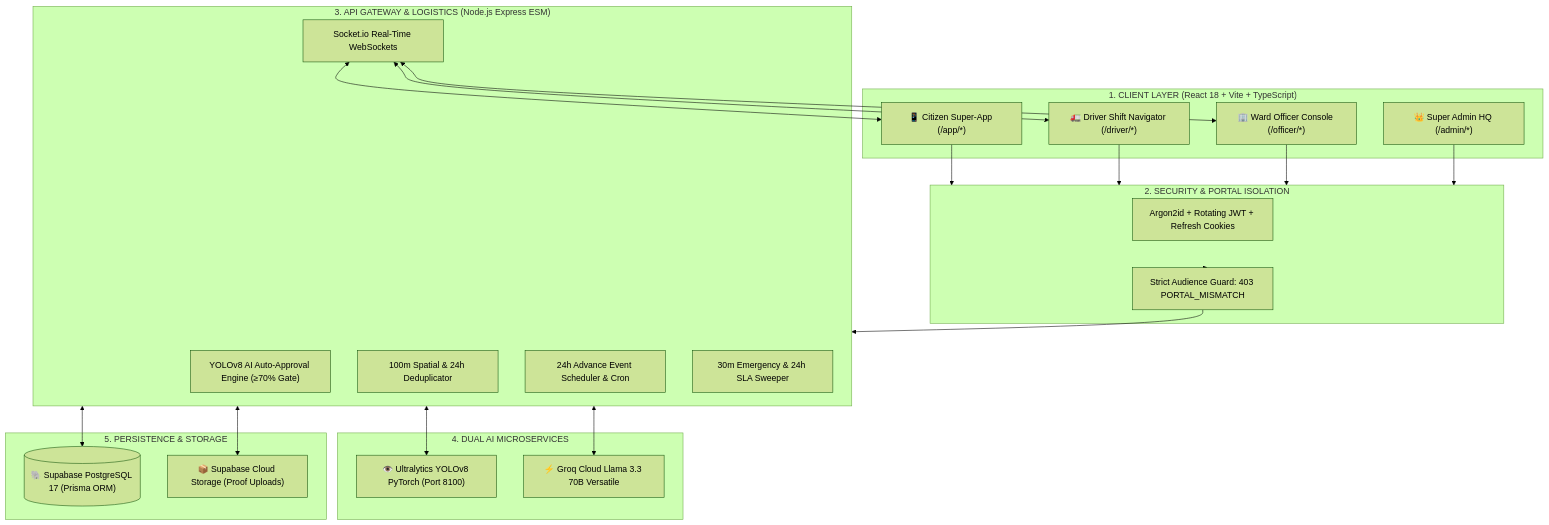
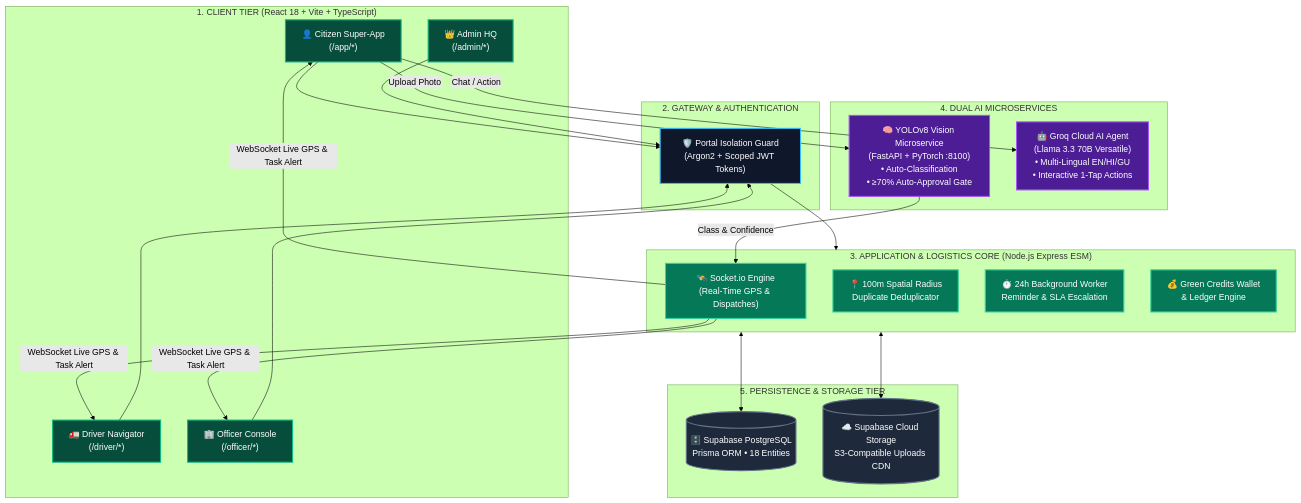
Before and after one commit to Parthh1002/SafaaiSarathi2.0: the diagram in Waste Management/README.md, drawn with Mermaid (forest theme). The commit also changed other lines of this file, not shown here.

Commit message:
docs: publish animated, Canva-style flowchart and judges defense README for Waste Management

````diff
--- a/Waste Management/README.md
+++ b/Waste Management/README.md
@@ -116,40 +73,47 @@
 ```mermaid
-flowchart TB
-    subgraph ClientLayer ["1. CLIENT LAYER (React 18 + Vite + TypeScript)"]
-        CP["📱 Citizen Super-App (/app/*)"]
-        DP["🚛 Driver Shift Navigator (/driver/*)"]
-        OP["🏢 Ward Officer Console (/officer/*)"]
-        AP["👑 Super Admin HQ (/admin/*)"]
+flowchart TD
+    %% Styling Configuration
+    classDef client fill:#064E3B,stroke:#10B981,stroke-width:2px,color:#ffffff;
+    classDef gateway fill:#0F172A,stroke:#38BDF8,stroke-width:2px,color:#ffffff;
+    classDef ai fill:#4C1D95,stroke:#A855F7,stroke-width:2px,color:#ffffff;
+    classDef storage fill:#1E293B,stroke:#64748B,stroke-width:2px,color:#ffffff;
+    classDef action fill:#047857,stroke:#34D399,stroke-width:2px,color:#ffffff;
+
+    subgraph CLIENTS ["1. CLIENT TIER (React 18 + Vite + TypeScript)"]
+        C1["👤 Citizen Super-App\n(/app/*)"]:::client
+        C2["🚛 Driver Navigator\n(/driver/*)"]:::client
+        C3["🏢 Officer Console\n(/officer/*)"]:::client
+        C4["👑 Admin HQ\n(/admin/*)"]:::client
     end
 
-    subgraph SecurityGate ["2. SECURITY & PORTAL ISOLATION"]
-        AUTH["Argon2id + Rotating JWT + Refresh Cookies"]
-        GUARD["Strict Audience Guard: 403 PORTAL_MISMATCH"]
+    subgraph SECURITY ["2. GATEWAY & AUTHENTICATION"]
+        G1["🛡️ Portal Isolation Guard\n(Argon2 + Scoped JWT Tokens)"]:::gateway
     end
 
-    subgraph BackendCore ["3. API GATEWAY & LOGISTICS (Node.js Express ESM)"]
-        TRIAGE["YOLOv8 AI Auto-Approval Engine (≥70% Gate)"]
-        DEDUP["100m Spatial & 24h Deduplicator"]
-        SCHED["24h Advance Event Scheduler & Cron"]
-        ESCAL["30m Emergency & 24h SLA Sweeper"]
-        SOCKET["Socket.io Real-Time WebSockets"]
+    subgraph BACKEND ["3. APPLICATION & LOGISTICS CORE (Node.js Express ESM)"]
+        B1["🛰️ Socket.io Engine\n(Real-Time GPS & Dispatches)"]:::action
+        B2["📍 100m Spatial Radius\nDuplicate Deduplicator"]:::action
+        B3["⏱️ 24h Background Worker\nReminder & SLA Escalation"]:::action
+        B4["💰 Green Credits Wallet\n& Ledger Engine"]:::action
     end
 
-    subgraph AIEngines ["4. DUAL AI MICROSERVICES"]
-        YOLO["👁️ Ultralytics YOLOv8 PyTorch (Port 8100)"]
-        GROQ["⚡ Groq Cloud Llama 3.3 70B Versatile"]
+    subgraph AI_SERVICES ["4. DUAL AI MICROSERVICES"]
+        AI1["🧠 YOLOv8 Vision Microservice\n(FastAPI + PyTorch :8100)\n• Auto-Classification\n• ≥70% Auto-Approval Gate"]:::ai
+        AI2["🤖 Groq Cloud AI Agent\n(Llama 3.3 70B Versatile)\n• Multi-Lingual EN/HI/GU\n• Interactive 1-Tap Actions"]:::ai
     end
 
-    subgraph DataStorage ["5. PERSISTENCE & STORAGE"]
-        PG[("🐘 Supabase PostgreSQL 17 (Prisma ORM)")]
-        S3["📦 Supabase Cloud Storage (Proof Uploads)"]
+    subgraph DATABASE ["5. PERSISTENCE & STORAGE TIER"]
+        DB1[("🗄️ Supabase PostgreSQL\nPrisma ORM • 18 Entities")]:::storage
+        DB2[("☁️ Supabase Cloud Storage\nS3-Compatible Uploads CDN")]:::storage
     end
 
-    CP & DP & OP & AP --> SecurityGate
-    SecurityGate --> GUARD --> BackendCore
-    BackendCore <--> YOLO
-    BackendCore <--> GROQ
-    BackendCore <--> PG
-    BackendCore <--> S3
-    SOCKET <--> CP & DP & OP
+    %% Flow Connections
+    C1 & C2 & C3 & C4 --> G1
+    G1 --> BACKEND
+    C1 -->|Upload Photo| AI1
+    C1 -->|Chat / Action| AI2
+    AI1 -->|Class & Confidence| B1
+    BACKEND <--> DB1
+    BACKEND <--> DB2
+    B1 -->|WebSocket Live GPS & Task Alert| C2 & C1 & C3
 ```
````
